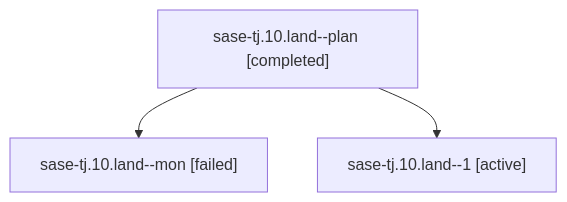
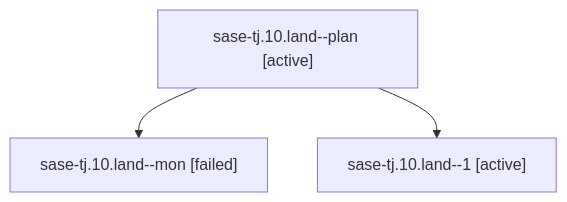
The diagram in families/bbugyi200.athena.sase-tj.10.land.md (sase-org/sase--agents), drawn with Mermaid before and after one commit. The commit also changed other lines of this file and 35830 other files, not shown here.

````diff
--- a/families/bbugyi200.athena.sase-tj.10.land.md
+++ b/families/bbugyi200.athena.sase-tj.10.land.md
@@ -9,8 +9,8 @@
 ```mermaid
 flowchart TD
-  n0["sase-tj.10.land--plan [completed]"]
+  n0["sase-tj.10.land--plan [active]"]
   n1["sase-tj.10.land--mon [failed]"]
   n0 --> n1
   n2["sase-tj.10.land--1 [active]"]
   n0 --> n2
 ```
````
